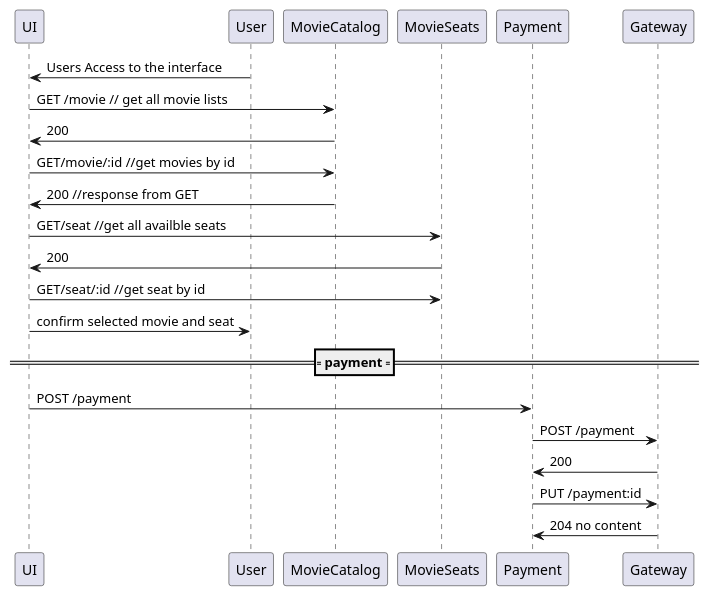
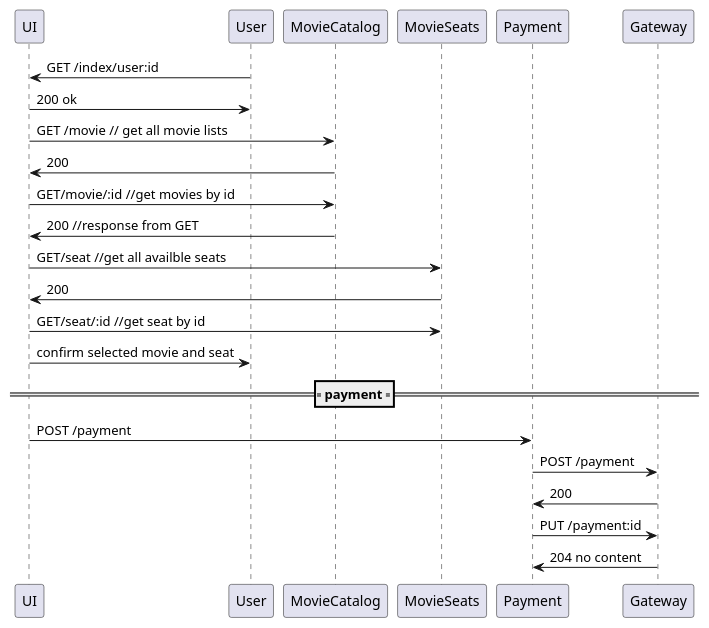
Before and after one commit to Justin102799/E37-PlantUML: the diagram in MovieTickets.puml, drawn with PlantUML. The commit also changed 1 other file, not shown here.

Commit message:
aranged sequence

```diff
--- a/MovieTickets.puml
+++ b/MovieTickets.puml
@@ -1,25 +1,26 @@
 @startuml
 participant UI
 participant User
 participant MovieCatalog
 participant MovieSeats
 participant Payment 
 participant Gateway
 
-User -> UI : Users Access to the interface
+User -> UI : GET /index/user:id
+UI -> User : 200 ok
 UI -> MovieCatalog : GET /movie // get all movie lists
 MovieCatalog -> UI : 200
 UI -> MovieCatalog : GET/movie/:id //get movies by id
 MovieCatalog -> UI : 200 //response from GET
 UI -> MovieSeats : GET/seat //get all availble seats
 MovieSeats -> UI : 200
 UI -> MovieSeats : GET/seat/:id //get seat by id
 UI -> User : confirm selected movie and seat
 
 ==== payment ====
 UI -> Payment : POST /payment
 Payment -> Gateway : POST /payment
 Gateway -> Payment : 200
 Payment -> Gateway : PUT /payment:id
 Gateway -> Payment : 204 no content
 @enduml
```
